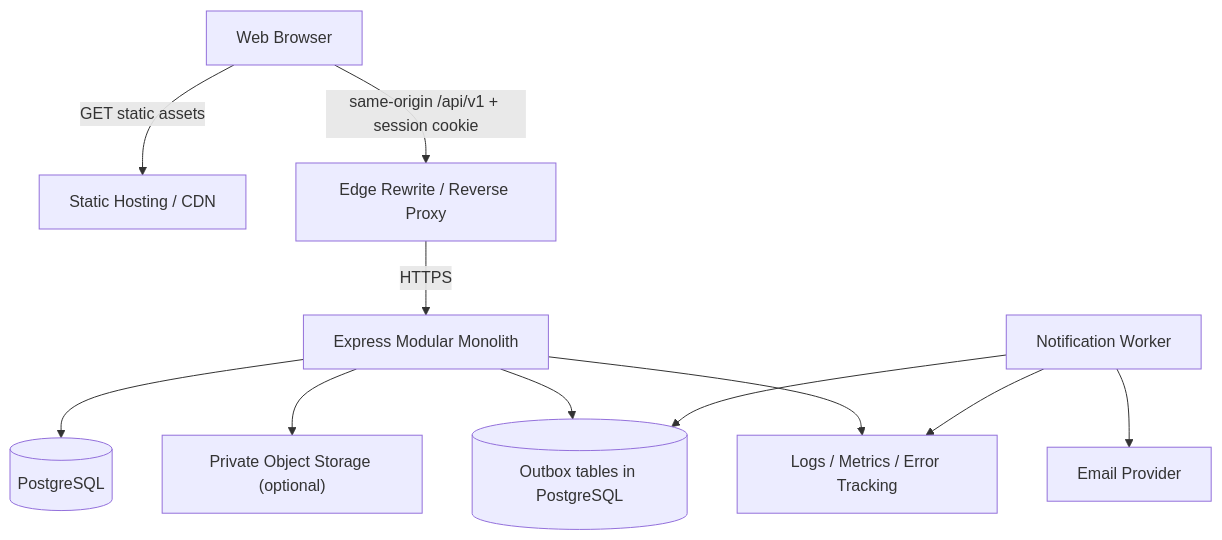
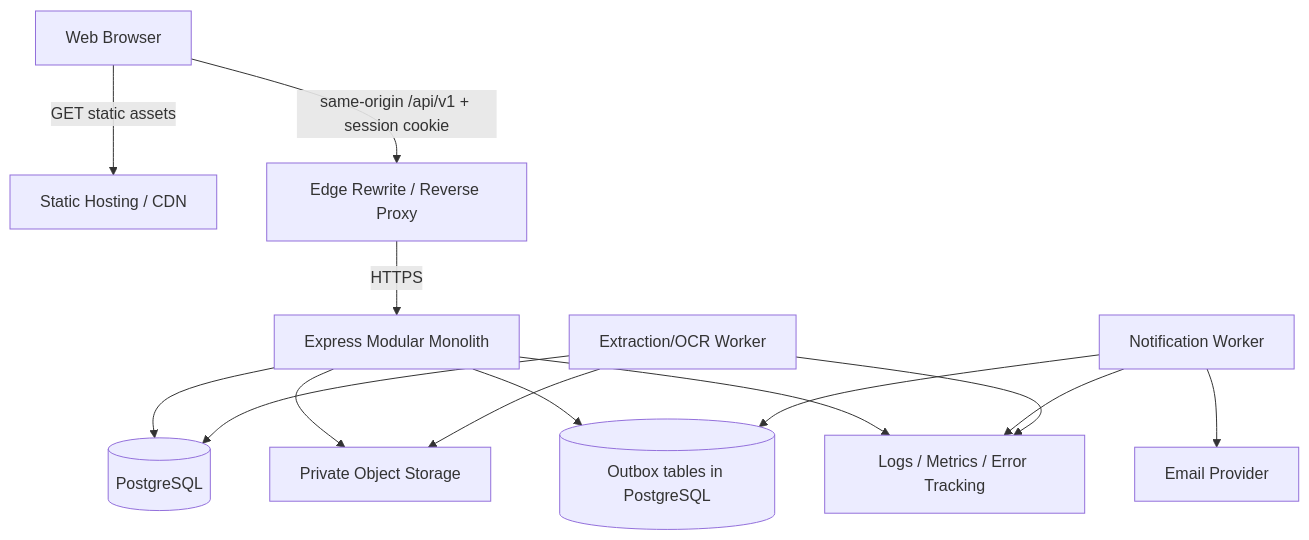
Before and after one commit to tnnhuaa/InterviewQuestionBank: the second of 7 diagrams in docs/Project_Architecture/software_architecture.md, drawn with Mermaid. The commit also changed other lines of this file and 1 other file, not shown here.

Commit message:
docs(architecture): align design with JD-first product flow

````diff
--- a/docs/Project_Architecture/software_architecture.md
+++ b/docs/Project_Architecture/software_architecture.md
@@ -108,13 +123,16 @@
 ```mermaid
 flowchart TB
     Browser["Web Browser"] -->|"GET static assets"| CDN["Static Hosting / CDN"]
     Browser -->|"same-origin /api/v1 + session cookie"| Proxy["Edge Rewrite / Reverse Proxy"]
     Proxy -->|HTTPS| API["Express Modular Monolith"]
     API --> DB[("PostgreSQL")]
-    API --> Obj["Private Object Storage (optional)"]
+    API --> Obj["Private Object Storage"]
+    DocWorker["Extraction/OCR Worker"] --> DB
+    DocWorker --> Obj
     API --> Outbox[("Outbox tables in PostgreSQL")]
     Worker["Notification Worker"] --> Outbox
     Worker --> Email["Email Provider"]
     API --> Obs["Logs / Metrics / Error Tracking"]
     Worker --> Obs
+    DocWorker --> Obs
 ```
````
